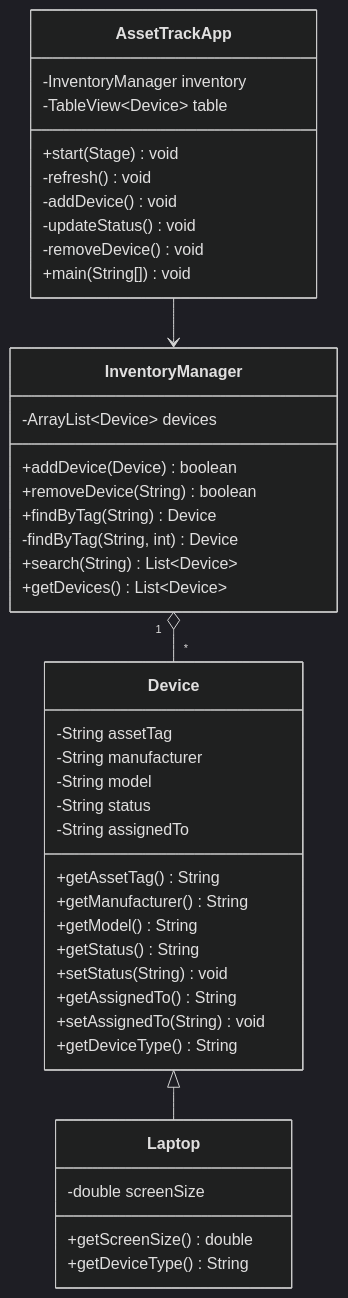
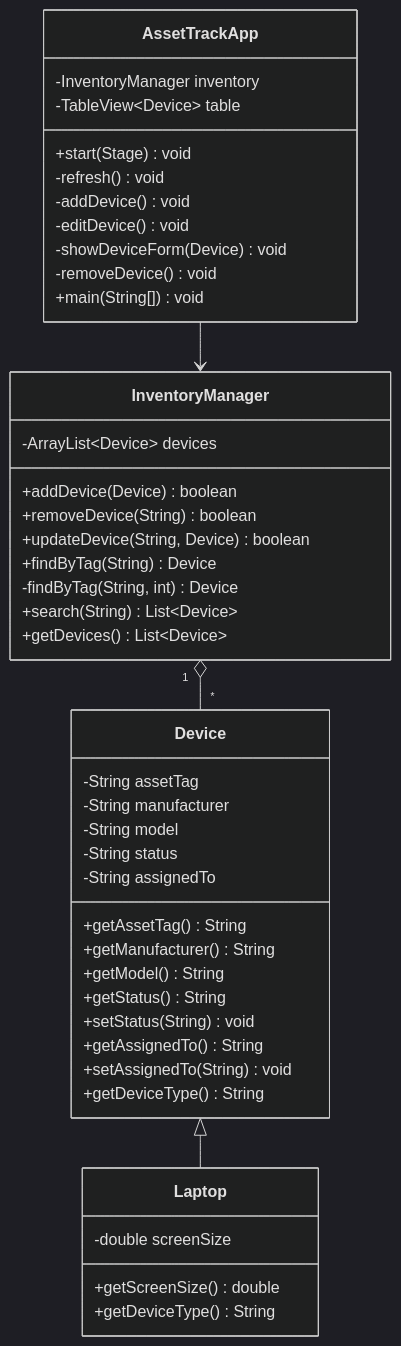
Before and after one commit to Bax7240/AssetTrack: the diagram in README.md, drawn with Mermaid (dark theme). The commit also changed other lines of this file and 10 other files, not shown here.

````diff
--- a/README.md
+++ b/README.md
@@ -44,45 +56,47 @@
 ```mermaid
 classDiagram
     class Device {
         -String assetTag
         -String manufacturer
         -String model
         -String status
         -String assignedTo
         +getAssetTag() String
         +getManufacturer() String
         +getModel() String
         +getStatus() String
         +setStatus(String) void
         +getAssignedTo() String
         +setAssignedTo(String) void
         +getDeviceType() String
     }
     class Laptop {
         -double screenSize
         +getScreenSize() double
         +getDeviceType() String
     }
     class InventoryManager {
         -ArrayList~Device~ devices
         +addDevice(Device) boolean
         +removeDevice(String) boolean
+        +updateDevice(String, Device) boolean
         +findByTag(String) Device
         -findByTag(String, int) Device
         +search(String) List~Device~
         +getDevices() List~Device~
     }
     class AssetTrackApp {
         -InventoryManager inventory
         -TableView~Device~ table
         +start(Stage) void
         -refresh() void
         -addDevice() void
-        -updateStatus() void
+        -editDevice() void
+        -showDeviceForm(Device) void
         -removeDevice() void
         +main(String[]) void
     }
     Device <|-- Laptop
     InventoryManager "1" o-- "*" Device
     AssetTrackApp --> InventoryManager
 ```
````
